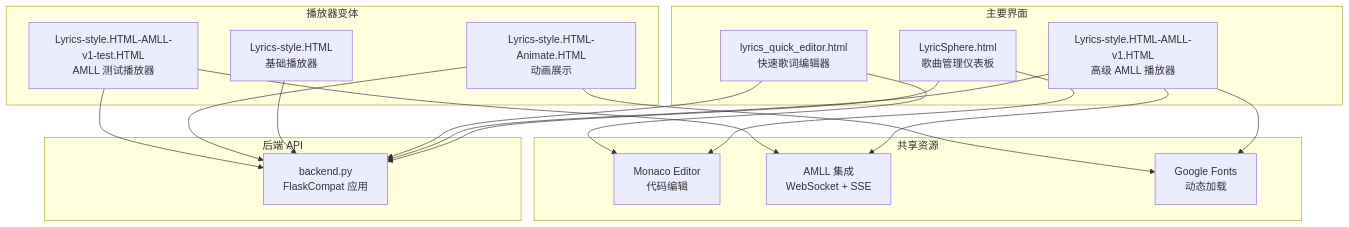
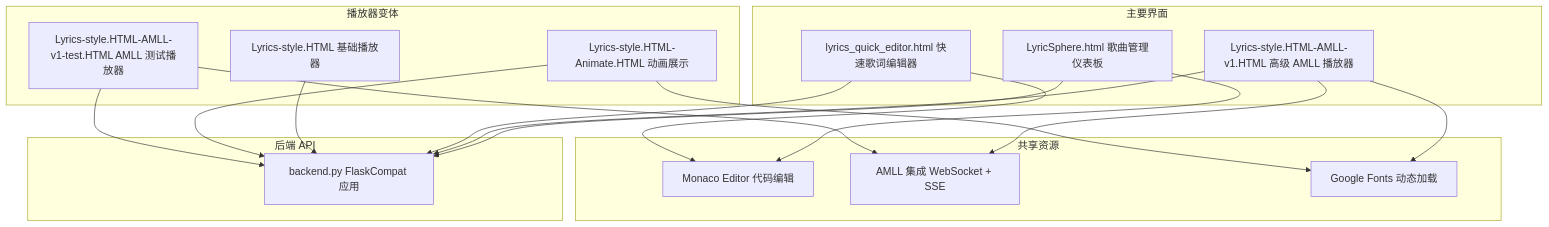
One commit to HKLHaoBin/LyricSphere changed the sixth of 44 diagrams in README.md. Above: the diagram before and after it, drawn with Mermaid. The commit also changed other lines of this file, not shown here.

Commit message:
docs: 更新README中的流程图文本格式

````diff
--- a/README.md
+++ b/README.md
@@ -635,48 +635,48 @@
 ```mermaid
 flowchart TD
-    MainDashboard["LyricSphere.html\n歌曲管理仪表板"]
-    AMMLPlayerV1["Lyrics-style.HTML-AMLL-v1.HTML\n高级 AMLL 播放器"]
-    QuickEditorUI["lyrics_quick_editor.html\n快速歌词编辑器"]
-    BasicPlayer["Lyrics-style.HTML\n基础播放器"]
-    AnimatePlayer["Lyrics-style.HTML-Animate.HTML\n动画展示"]
-    AMLLIntegration["Lyrics-style.HTML-AMLL-v1-test.HTML\nAMLL 测试播放器"]
-    APIServer["backend.py\nFlaskCompat 应用"]
-    MonacoEditor["Monaco Editor\n代码编辑"]
-    AMLLAPI["AMLL 集成\nWebSocket + SSE"]
-    GoogleFonts["Google Fonts\n动态加载"]
+    MainDashboard["LyricSphere.html 歌曲管理仪表板"]
+    AMMLPlayerV1["Lyrics-style.HTML-AMLL-v1.HTML 高级 AMLL 播放器"]
+    QuickEditorUI["lyrics_quick_editor.html 快速歌词编辑器"]
+    BasicPlayer["Lyrics-style.HTML 基础播放器"]
+    AnimatePlayer["Lyrics-style.HTML-Animate.HTML 动画展示"]
+    AMLLIntegration["Lyrics-style.HTML-AMLL-v1-test.HTML AMLL 测试播放器"]
+    APIServer["backend.py FlaskCompat 应用"]
+    MonacoEditor["Monaco Editor 代码编辑"]
+    AMLLAPI["AMLL 集成 WebSocket + SSE"]
+    GoogleFonts["Google Fonts 动态加载"]
 
     MainDashboard --> APIServer
     AMMLPlayerV1 --> APIServer
     QuickEditorUI --> APIServer
     BasicPlayer --> APIServer
     AnimatePlayer --> APIServer
     AMLLIntegration --> APIServer
     MainDashboard --> MonacoEditor
     QuickEditorUI --> MonacoEditor
     AMMLPlayerV1 --> AMLLAPI
     AMLLIntegration --> AMLLAPI
     AMMLPlayerV1 --> GoogleFonts
     AnimatePlayer --> GoogleFonts
 
     subgraph SharedResources[共享资源]
         MonacoEditor
         AMLLAPI
         GoogleFonts
     end
 
     subgraph BackendAPI[后端 API]
         APIServer
     end
 
     subgraph PlayerVariants[播放器变体]
         BasicPlayer
         AnimatePlayer
         AMLLIntegration
     end
 
     subgraph PrimaryInterfaces[主要界面]
         MainDashboard
         AMMLPlayerV1
         QuickEditorUI
     end
 ```
````
